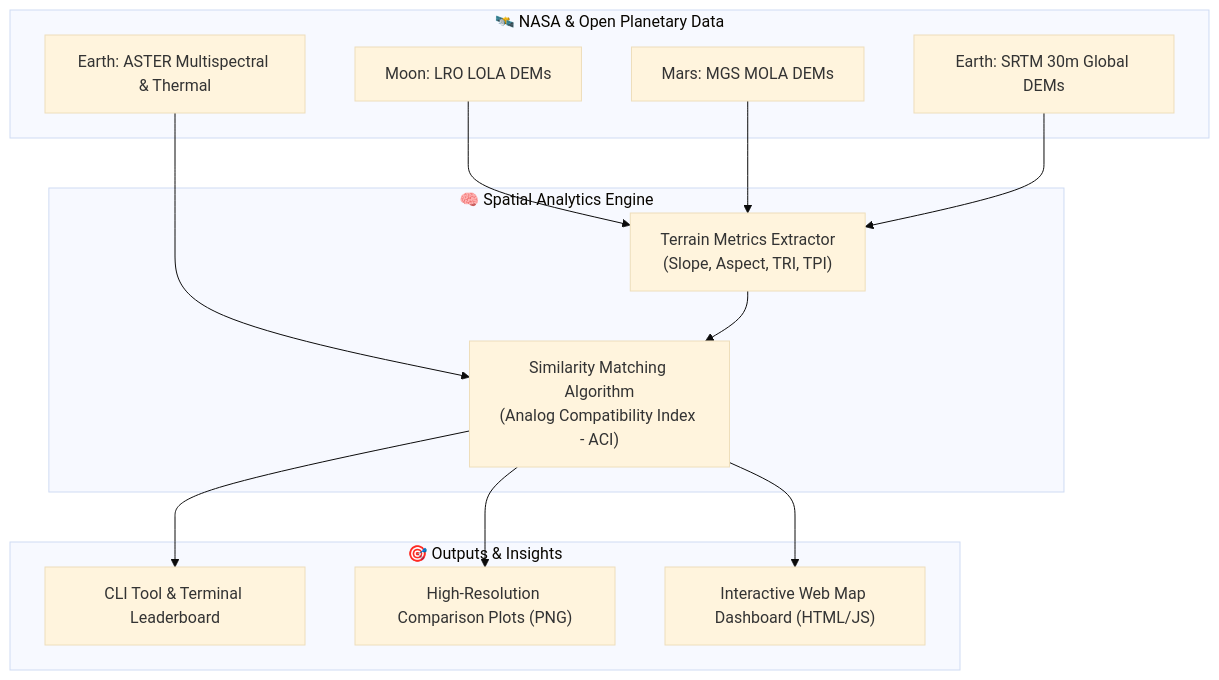
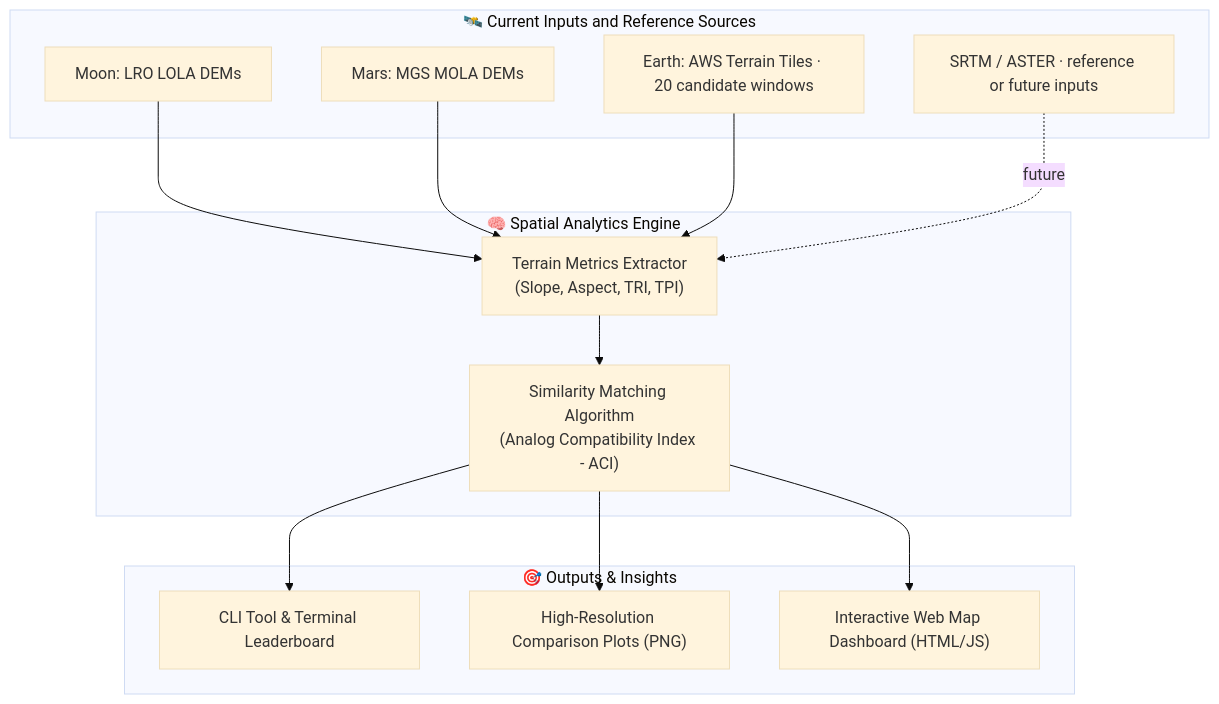
Before and after one commit to JFJubayer/nasa-space-apps-2026-ptae: the diagram in README.md, drawn with Mermaid (base theme). The commit also changed other lines of this file and 109 other files, not shown here.

````diff
--- a/README.md
+++ b/README.md
@@ -23,29 +30,29 @@
 ```mermaid
 flowchart TD
-    subgraph Data_Sources ["🛰️ NASA & Open Planetary Data"]
+    subgraph Data_Sources ["🛰️ Current Inputs and Reference Sources"]
         LOLA["Moon: LRO LOLA DEMs"]
         MOLA["Mars: MGS MOLA DEMs"]
-        SRTM["Earth: SRTM 30m Global DEMs"]
-        ASTER["Earth: ASTER Multispectral & Thermal"]
+        AWS["Earth: AWS Terrain Tiles · 20 candidate windows"]
+        REF["SRTM / ASTER · reference or future inputs"]
     end
 
     subgraph Processing_Engine ["🧠 Spatial Analytics Engine"]
         TM["Terrain Metrics Extractor\n(Slope, Aspect, TRI, TPI)"]
         SM["Similarity Matching Algorithm\n(Analog Compatibility Index - ACI)"]
     end
 
     subgraph Deliverables ["🎯 Outputs & Insights"]
         CLI["CLI Tool & Terminal Leaderboard"]
         PLOTS["High-Resolution Comparison Plots (PNG)"]
         DASH["Interactive Web Map Dashboard (HTML/JS)"]
     end
 
     LOLA --> TM
     MOLA --> TM
-    SRTM --> TM
-    ASTER --> SM
+    AWS --> TM
+    REF -. future .-> TM
     TM --> SM
     SM --> CLI
     SM --> PLOTS
     SM --> DASH
 ```
````
